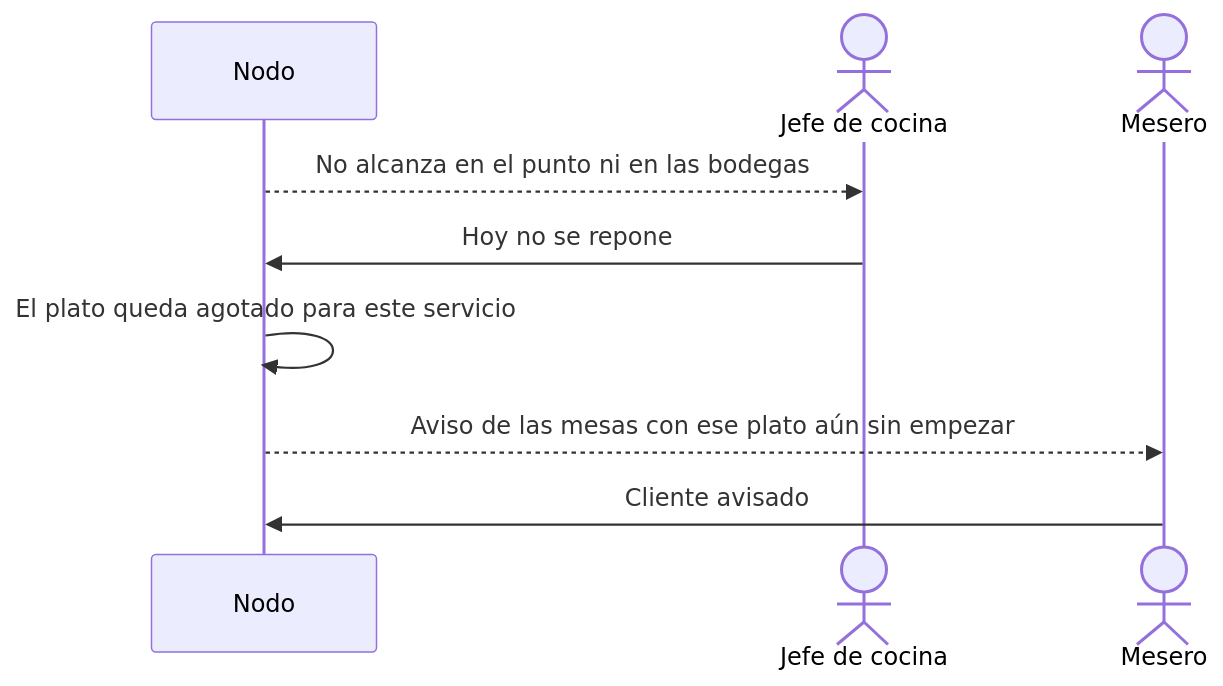
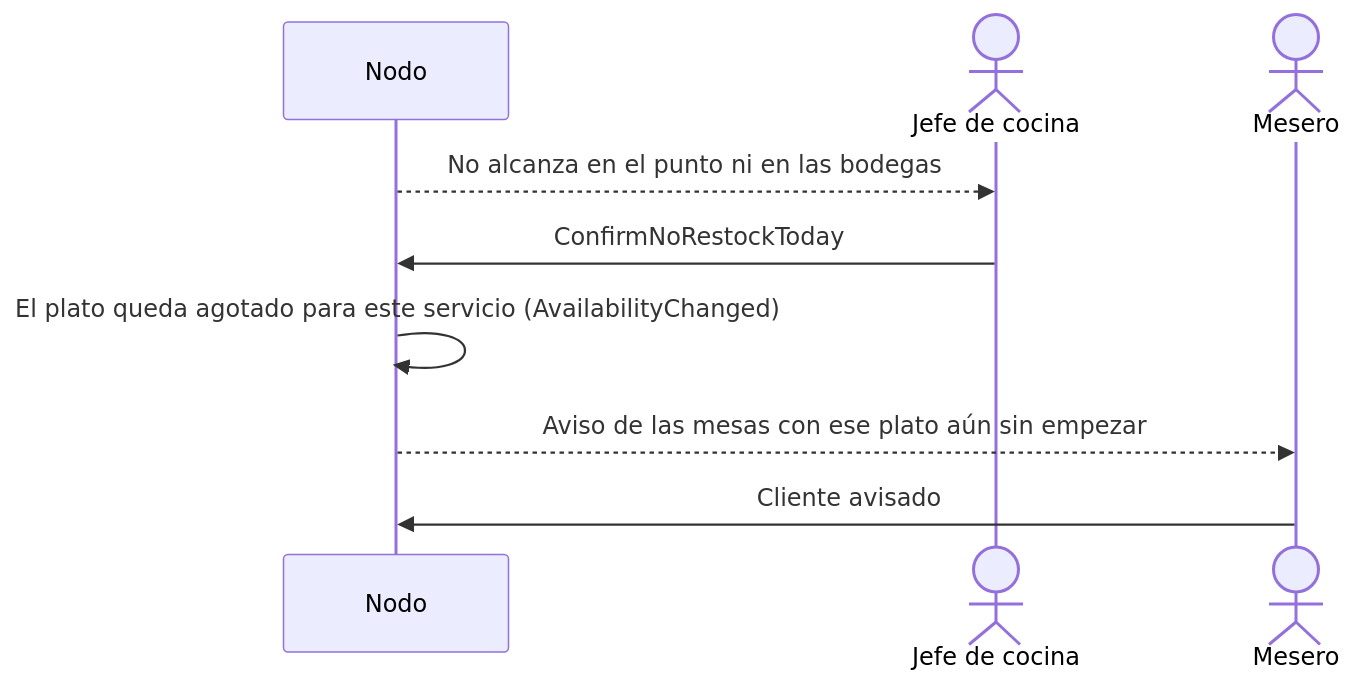
Before and after one commit to CesarJOtizM/blackHole: the seventh of 7 diagrams in docs/flujos/m4-inventario.md, drawn with Mermaid. The commit also changed other lines of this file and 159 other files, not shown here.

````diff
--- a/docs/flujos/m4-inventario.md
+++ b/docs/flujos/m4-inventario.md
@@ -138,12 +147,12 @@
 ```mermaid
 sequenceDiagram
   participant Nodo
   actor Cocina as Jefe de cocina
   actor Mesero
 
   Nodo-->>Cocina: No alcanza en el punto ni en las bodegas
-  Cocina->>Nodo: Hoy no se repone
-  Nodo->>Nodo: El plato queda agotado para este servicio
+  Cocina->>Nodo: ConfirmNoRestockToday
+  Nodo->>Nodo: El plato queda agotado para este servicio (AvailabilityChanged)
   Nodo-->>Mesero: Aviso de las mesas con ese plato aún sin empezar
   Mesero->>Nodo: Cliente avisado
 ```
````
